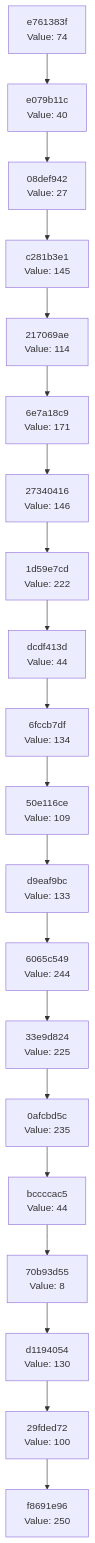
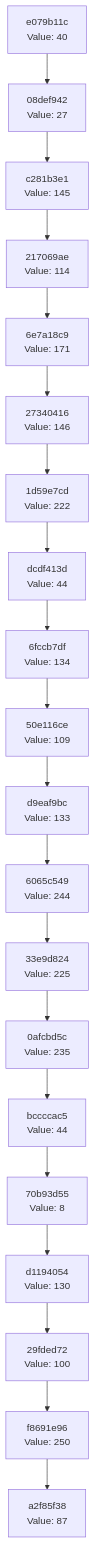
The diagram in docs/CHAIN_VISUALIZATION.md (Abhisheksinha1506/hash-chain-evolver), drawn with Mermaid before and after one commit. The commit also changed 2 other files, not shown here.

Commit message:
Evolution step: hash 0x57 → action executed

````diff
--- a/docs/CHAIN_VISUALIZATION.md
+++ b/docs/CHAIN_VISUALIZATION.md
@@ -3,42 +3,42 @@
 ```mermaid
 graph TD
-    C0["f8691e96<br/>Value: 250"]
-    C1["29fded72<br/>Value: 100"]
+    C0["a2f85f38<br/>Value: 87"]
+    C1["f8691e96<br/>Value: 250"]
     C1 --> C0
-    C2["d1194054<br/>Value: 130"]
+    C2["29fded72<br/>Value: 100"]
     C2 --> C1
-    C3["70b93d55<br/>Value: 8"]
+    C3["d1194054<br/>Value: 130"]
     C3 --> C2
-    C4["bccccac5<br/>Value: 44"]
+    C4["70b93d55<br/>Value: 8"]
     C4 --> C3
-    C5["0afcbd5c<br/>Value: 235"]
+    C5["bccccac5<br/>Value: 44"]
     C5 --> C4
-    C6["33e9d824<br/>Value: 225"]
+    C6["0afcbd5c<br/>Value: 235"]
     C6 --> C5
-    C7["6065c549<br/>Value: 244"]
+    C7["33e9d824<br/>Value: 225"]
     C7 --> C6
-    C8["d9eaf9bc<br/>Value: 133"]
+    C8["6065c549<br/>Value: 244"]
     C8 --> C7
-    C9["50e116ce<br/>Value: 109"]
+    C9["d9eaf9bc<br/>Value: 133"]
     C9 --> C8
-    C10["6fccb7df<br/>Value: 134"]
+    C10["50e116ce<br/>Value: 109"]
     C10 --> C9
-    C11["dcdf413d<br/>Value: 44"]
+    C11["6fccb7df<br/>Value: 134"]
     C11 --> C10
-    C12["1d59e7cd<br/>Value: 222"]
+    C12["dcdf413d<br/>Value: 44"]
     C12 --> C11
-    C13["27340416<br/>Value: 146"]
+    C13["1d59e7cd<br/>Value: 222"]
     C13 --> C12
-    C14["6e7a18c9<br/>Value: 171"]
+    C14["27340416<br/>Value: 146"]
     C14 --> C13
-    C15["217069ae<br/>Value: 114"]
+    C15["6e7a18c9<br/>Value: 171"]
     C15 --> C14
-    C16["c281b3e1<br/>Value: 145"]
+    C16["217069ae<br/>Value: 114"]
     C16 --> C15
-    C17["08def942<br/>Value: 27"]
+    C17["c281b3e1<br/>Value: 145"]
     C17 --> C16
-    C18["e079b11c<br/>Value: 40"]
+    C18["08def942<br/>Value: 27"]
     C18 --> C17
-    C19["e761383f<br/>Value: 74"]
+    C19["e079b11c<br/>Value: 40"]
     C19 --> C18
 ```
````
